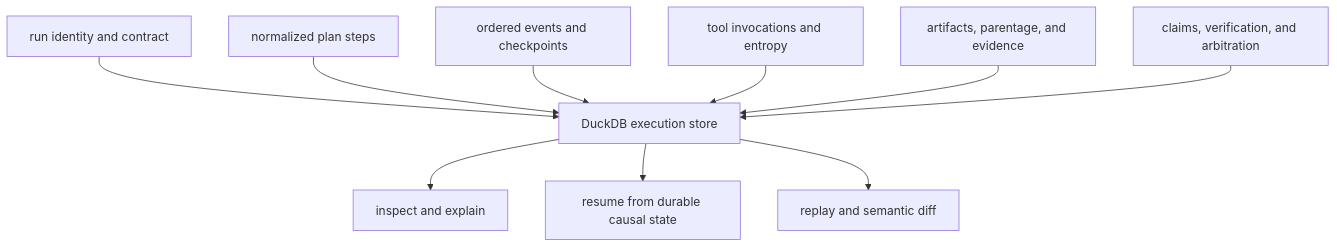
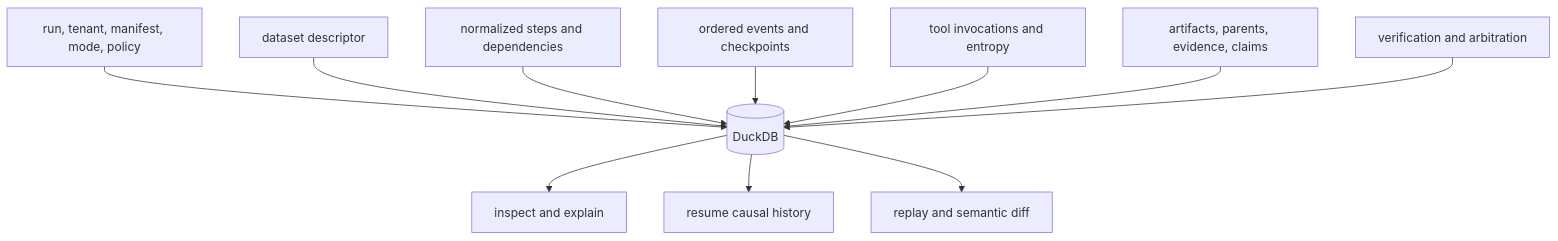
Before and after one commit to bijux/bijux-canon: the first of 2 diagrams in docs/06-bijux-canon-runtime/architecture/state-and-persistence.md, drawn with Mermaid. The commit also changed other lines of this file and 1 other file, not shown here.

Commit message:
docs(runtime): define execution custody contracts

````diff
--- a/docs/06-bijux-canon-runtime/architecture/state-and-persistence.md
+++ b/docs/06-bijux-canon-runtime/architecture/state-and-persistence.md
@@ -18,12 +18,13 @@
 ```mermaid
 flowchart TD
-    run["run identity and contract"] --> db["DuckDB execution store"]
-    steps["normalized plan steps"] --> db
+    contract["run, tenant, manifest, mode, policy"] --> db[("DuckDB")]
+    dataset["dataset descriptor"] --> db
+    plan["normalized steps and dependencies"] --> db
     events["ordered events and checkpoints"] --> db
     tools["tool invocations and entropy"] --> db
-    artifacts["artifacts, parentage, and evidence"] --> db
-    verify["claims, verification, and arbitration"] --> db
+    artifacts["artifacts, parents, evidence, claims"] --> db
+    verification["verification and arbitration"] --> db
     db --> inspect["inspect and explain"]
-    db --> resume["resume from durable causal state"]
+    db --> resume["resume causal history"]
     db --> replay["replay and semantic diff"]
 ```
````
